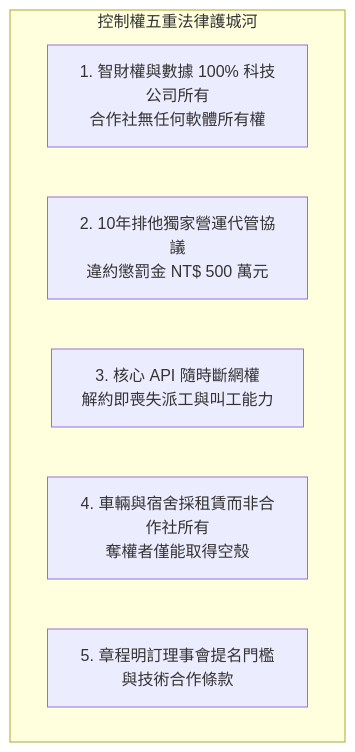
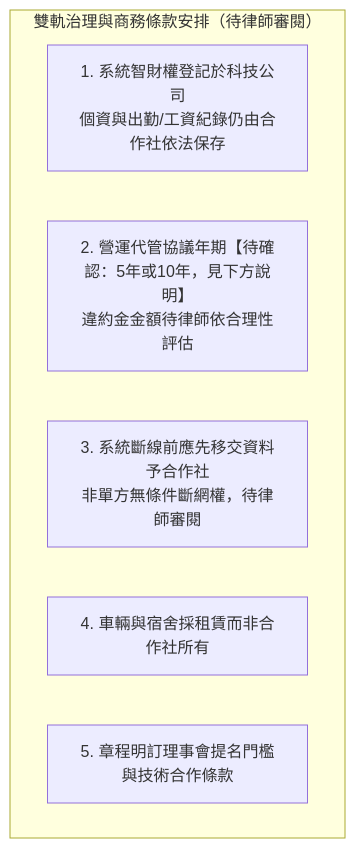
The diagram in 03_合作社與法律契約體系/10_智農派工_法律顧問合規與控制權護城河意見書.md (xx8888x/agridispatch), drawn with Mermaid before and after one commit. The commit also changed other lines of this file and 8 other files, not shown here.

````diff
--- a/03_合作社與法律契約體系/10_智農派工_法律顧問合規與控制權護城河意見書.md
+++ b/03_合作社與法律契約體系/10_智農派工_法律顧問合規與控制權護城河意見書.md
@@ -26,10 +26,10 @@
 ```mermaid
 graph TD
-    subgraph Shield [控制權五重法律護城河]
-        S1[1. 智財權與數據 100% 科技公司所有<br/>合作社無任何軟體所有權]
-        S2[2. 10年排他獨家營運代管協議<br/>違約懲罰金 NT$ 500 萬元]
-        S3[3. 核心 API 隨時斷網權<br/>解約即喪失派工與叫工能力]
-        S4[4. 車輛與宿舍採租賃而非合作社所有<br/>奪權者僅能取得空殼]
+    subgraph Shield [雙軌治理與商務條款安排（待律師審閱）]
+        S1[1. 系統智財權登記於科技公司<br/>個資與出勤/工資紀錄仍由合作社依法保存]
+        S2[2. 營運代管協議年期【待確認：5年或10年，見下方說明】<br/>違約金金額待律師依合理性評估]
+        S3[3. 系統斷線前應先移交資料予合作社<br/>非單方無條件斷網權，待律師審閱]
+        S4[4. 車輛與宿舍採租賃而非合作社所有]
         S5[5. 章程明訂理事會提名門檻與技術合作條款]
     end
 ```
````
